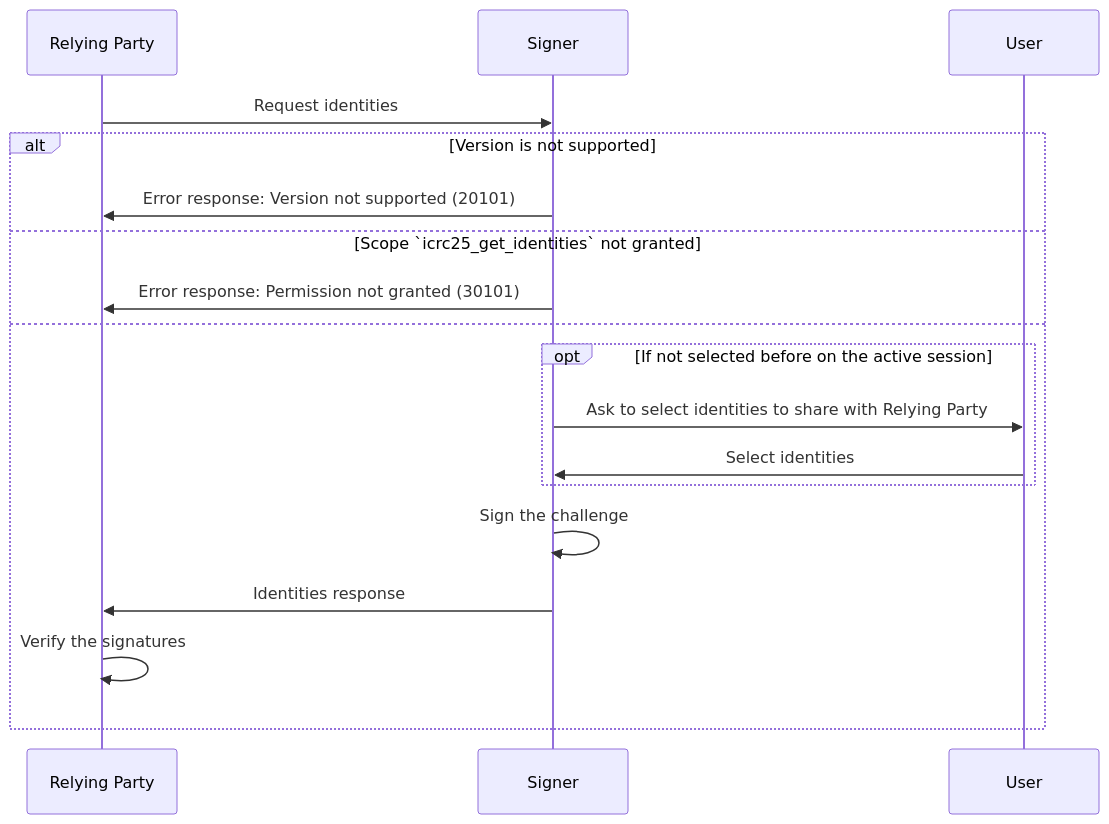
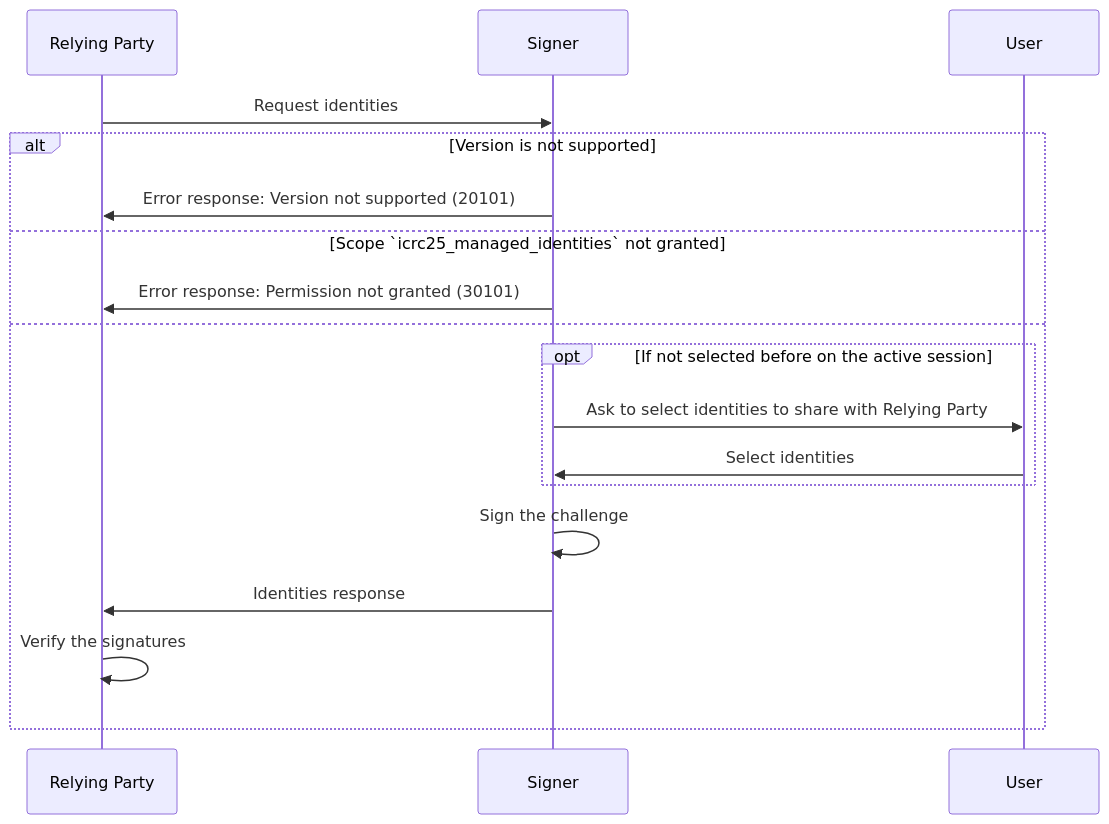
One commit to dfinity/wg-identity-authentication changed the second of 4 diagrams in topics/icrc_25_signer_interaction_standard.md. Above: the diagram before and after it, drawn with Mermaid. The commit also changed other lines of this file, not shown here.

First line of the commit message:
ICRC-25: Rename icrc25_get_identities to icrc25_managed_identities

````diff
--- a/topics/icrc_25_signer_interaction_standard.md
+++ b/topics/icrc_25_signer_interaction_standard.md
@@ -231,21 +231,21 @@
 ```mermaid
 sequenceDiagram
     participant RP as Relying Party
     participant S as Signer
     participant U as User
 
     RP ->> S: Request identities
     alt Version is not supported
         S ->> RP: Error response: Version not supported (20101)
-    else Scope `icrc25_get_identities` not granted
+    else Scope `icrc25_managed_identities` not granted
         S ->> RP: Error response: Permission not granted (30101)
     else
         opt If not selected before on the active session 
             S ->> U: Ask to select identities to share with Relying Party
             U ->> S: Select identities
         end
         S ->> S: Sign the challenge
         S ->> RP: Identities response
         RP ->> RP: Verify the signatures
     end
 ```
````
